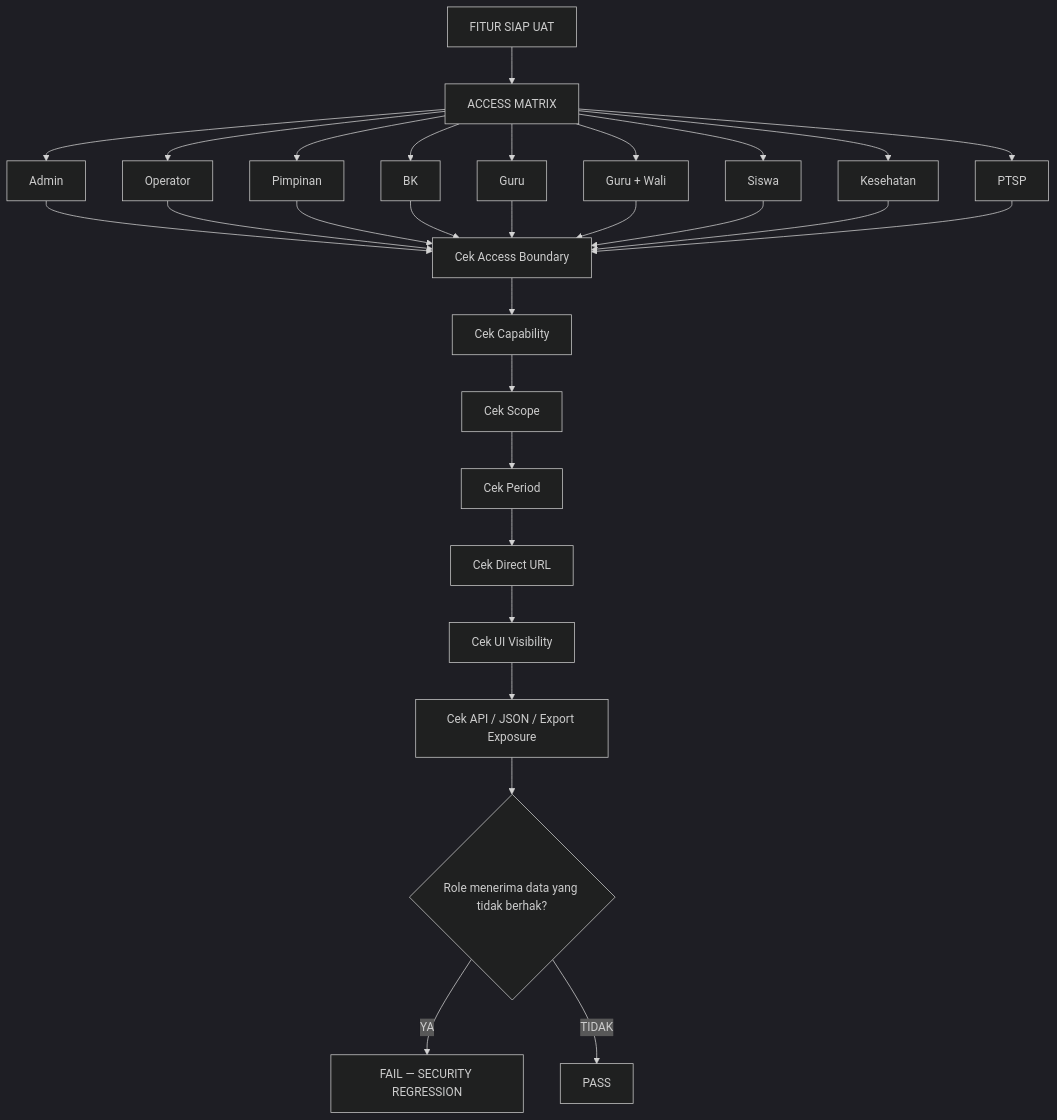
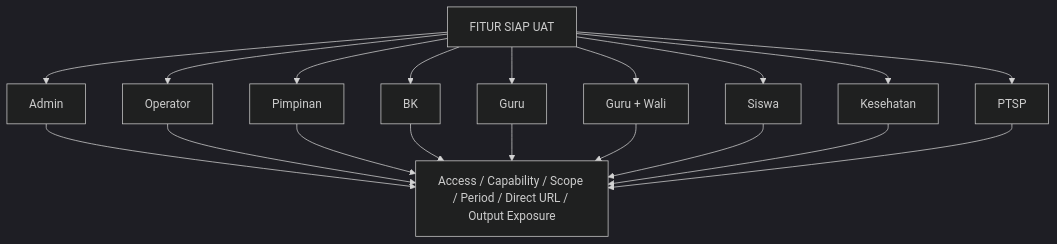
Before and after one commit to Al-Faroz/sisfour_dev_v2: diagram 11 of 13 in docs/00A_GLOBAL_STANDARD_SISFOUR.md, drawn with Mermaid (dark theme). The commit also changed other lines of this file, not shown here.

Commit message:
docs(global): align Global Standard with UKS and PTSP contracts

````diff
--- a/docs/00A_GLOBAL_STANDARD_SISFOUR.md
+++ b/docs/00A_GLOBAL_STANDARD_SISFOUR.md
@@ -710,35 +448,22 @@
 ```mermaid
 flowchart TD
-    A["FITUR SIAP UAT"] --> B["ACCESS MATRIX"]
+    A["FITUR SIAP UAT"] --> B["Admin"]
+    A --> C["Operator"]
+    A --> D["Pimpinan"]
+    A --> E["BK"]
+    A --> F["Guru"]
+    A --> G["Guru + Wali"]
+    A --> H["Siswa"]
+    A --> I["Kesehatan"]
+    A --> J["PTSP"]
 
-    B --> B1["Admin"]
-    B --> B2["Operator"]
-    B --> B3["Pimpinan"]
-    B --> B4["BK"]
-    B --> B5["Guru"]
-    B --> B6["Guru + Wali"]
-    B --> B7["Siswa"]
-    B --> B8["Kesehatan"]
-    B --> B9["PTSP"]
-
-    B1 --> C["Cek Access Boundary"]
-    B2 --> C
-    B3 --> C
-    B4 --> C
-    B5 --> C
-    B6 --> C
-    B7 --> C
-    B8 --> C
-    B9 --> C
-
-    C --> D["Cek Capability"]
-    D --> E["Cek Scope"]
-    E --> F["Cek Period"]
-    F --> G["Cek Direct URL"]
-    G --> H["Cek UI Visibility"]
-    H --> I["Cek API / JSON / Export Exposure"]
-
-    I --> J{"Role menerima data yang tidak berhak?"}
-    J -- "YA" --> X["FAIL — SECURITY REGRESSION"]
-    J -- "TIDAK" --> K["PASS"]
+    B --> K["Access / Capability / Scope / Period / Direct URL / Output Exposure"]
+    C --> K
+    D --> K
+    E --> K
+    F --> K
+    G --> K
+    H --> K
+    I --> K
+    J --> K
 ```
````
